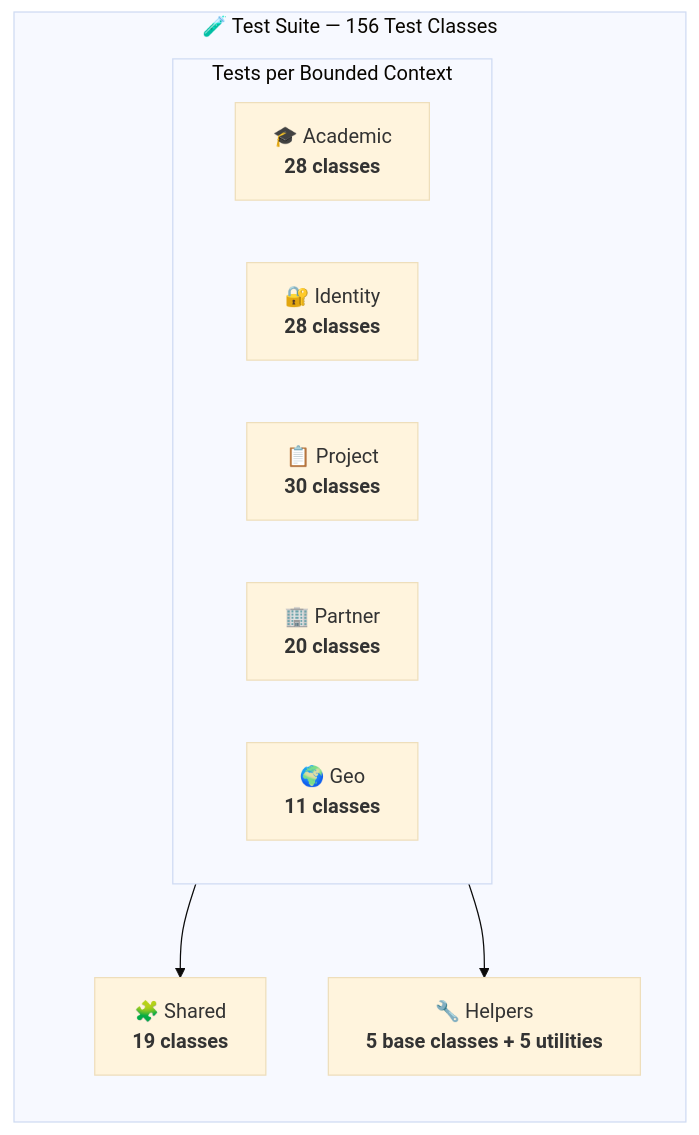
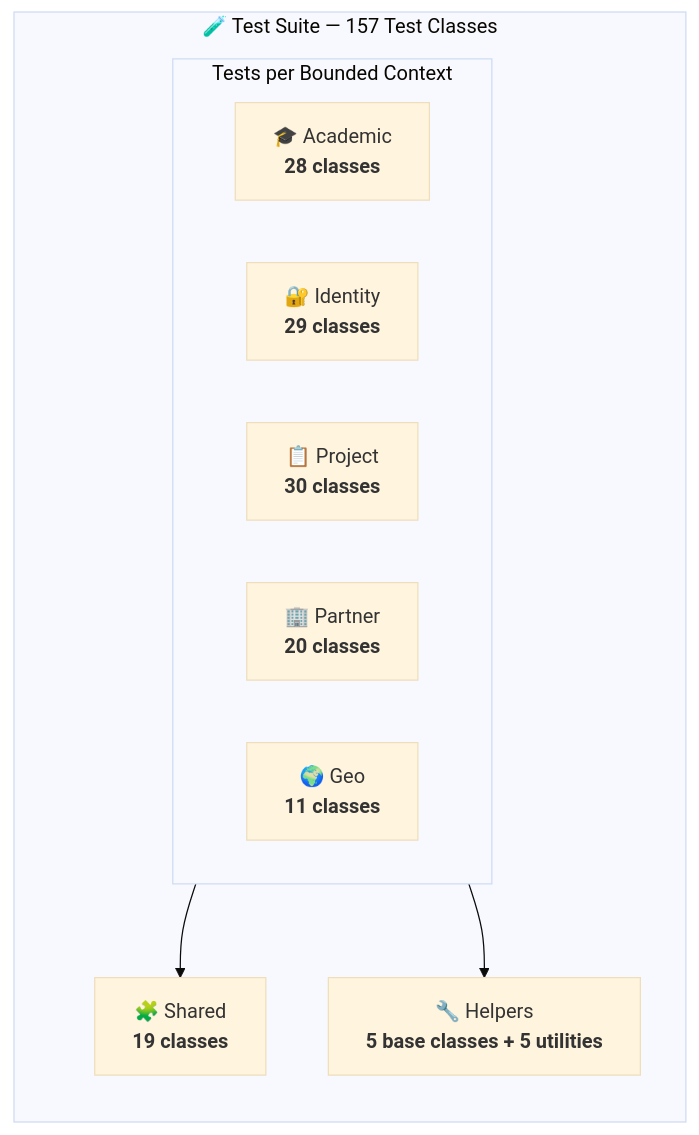
One commit to Plataforma-Universidade-Gratuita/pug-service changed the first of 7 diagrams in src/test/README.md. Above: the diagram before and after it, drawn with Mermaid (base theme). The commit also changed other lines of this file and 34 other files, not shown here.

````diff
--- a/src/test/README.md
+++ b/src/test/README.md
@@ -21,20 +21,20 @@
 ```mermaid
 graph TB
-    subgraph TestSuite["🧪 Test Suite — 156 Test Classes"]
+    subgraph TestSuite["🧪 Test Suite — 157 Test Classes"]
         direction TB
         subgraph Modules["Tests per Bounded Context"]
             direction LR
             ACADEMIC_T["🎓 Academic<br/><b>28 classes</b>"]
-            IDENTITY_T["🔐 Identity<br/><b>28 classes</b>"]
+            IDENTITY_T["🔐 Identity<br/><b>29 classes</b>"]
             PROJECT_T["📋 Project<br/><b>30 classes</b>"]
             PARTNER_T["🏢 Partner<br/><b>20 classes</b>"]
             GEO_T["🌍 Geo<br/><b>11 classes</b>"]
         end
 
         SHARED_T["🧩 Shared<br/><b>19 classes</b>"]
         HELPERS_T["🔧 Helpers<br/><b>5 base classes + 5 utilities</b>"]
 
         Modules --> SHARED_T
         Modules --> HELPERS_T
     end
 ```
````
